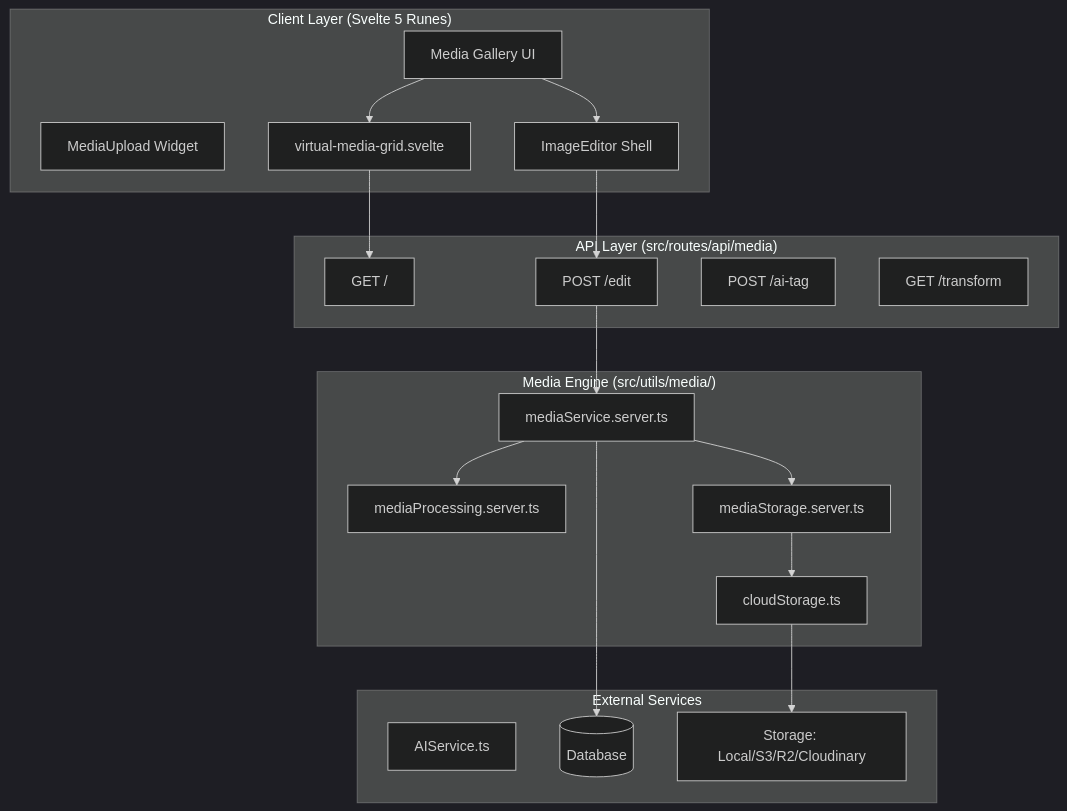
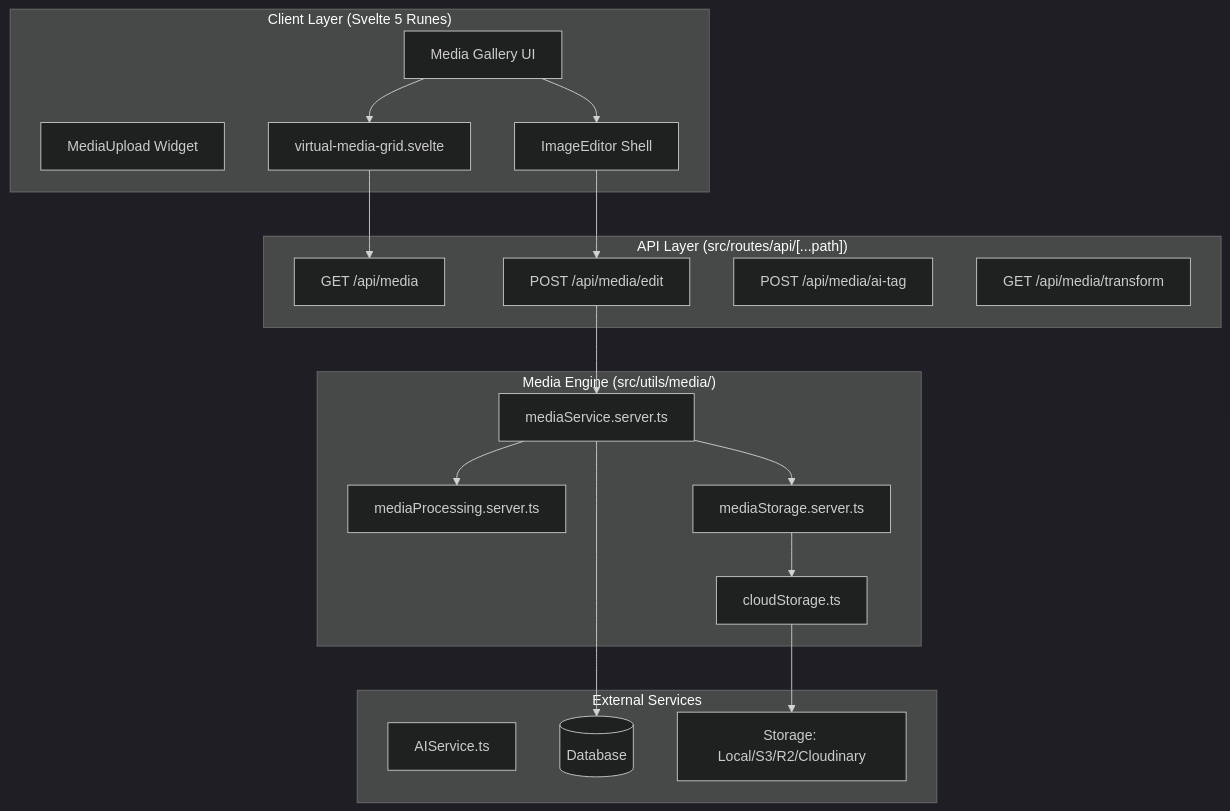
Before and after one commit to SveltyCMS/SveltyCMS: the first of 2 diagrams in docs/architecture/media-system.mdx, drawn with Mermaid (dark theme). The commit also changed 198 other files, not shown here.

First line of the commit message:
feat(api): implement Harmonized API Architecture & performance optimizations

````diff
--- a/docs/architecture/media-system.mdx
+++ b/docs/architecture/media-system.mdx
@@ -28,40 +28,40 @@
 ```mermaid
 graph TB
     subgraph "Client Layer (Svelte 5 Runes)"
         UI[Media Gallery UI]
         UW[MediaUpload Widget]
         VGRID[virtual-media-grid.svelte]
         EDITOR[ImageEditor Shell]
     end
 
-    subgraph "API Layer (src/routes/api/media)"
-        API1[GET /]
-        API2[POST /edit]
-        API3[POST /ai-tag]
-        API4[GET /transform]
+    subgraph "API Layer (src/routes/api/[...path])"
+        API1[GET /api/media]
+        API2[POST /api/media/edit]
+        API3[POST /api/media/ai-tag]
+        API4[GET /api/media/transform]
     end
 
     subgraph "Media Engine (src/utils/media/)"
         MS[mediaService.server.ts]
         MPS[mediaProcessing.server.ts]
         MST[mediaStorage.server.ts]
         CS[cloudStorage.ts]
     end
 
     subgraph "External Services"
         AIS[AIService.ts]
         DB[(Database)]
         STORE[Storage: Local/S3/R2/Cloudinary]
     end
 
     UI --> VGRID
     VGRID --> API1
     UI --> EDITOR
     EDITOR --> API2
     API2 --> MS
     MS --> MPS
     MS --> MST
     MST --> CS
     MS --> DB
     CS --> STORE
 ```
````
